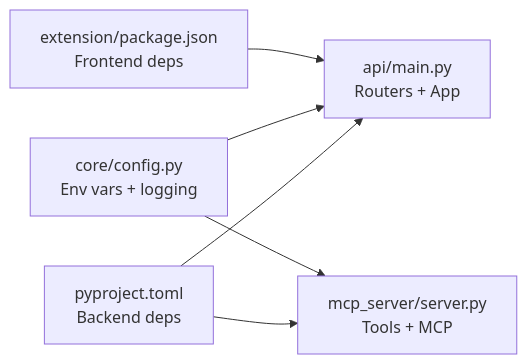
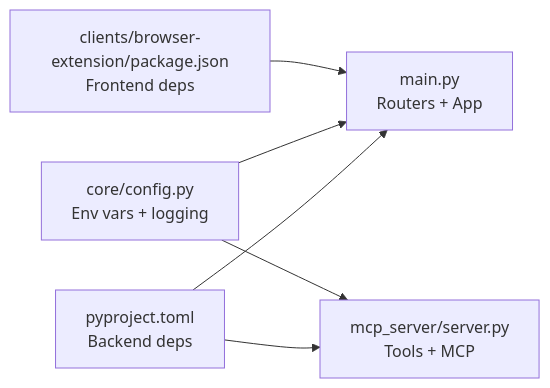
The third of 3 diagrams in src/data/docs/agentic-browser/Deployment and Operations.md (tashifkhan/tashif.codes), drawn with Mermaid before and after one commit. The commit also changed other lines of this file and 2128 other files, not shown here.

First line of the commit message:
docs: replace raster diagram images with native Mermaid across project guides

````diff
--- a/src/data/docs/agentic-browser/Deployment and Operations.md
+++ b/src/data/docs/agentic-browser/Deployment and Operations.md
@@ -271,13 +259,13 @@
 ```mermaid
 graph LR
 P["pyproject.toml<br/>Backend deps"]
-E["extension/package.json<br/>Frontend deps"]
+E["clients/browser-extension/package.json<br/>Frontend deps"]
 C["core/config.py<br/>Env vars + logging"]
 M["mcp_server/server.py<br/>Tools + MCP"]
-A["api/main.py<br/>Routers + App"]
+A["main.py<br/>Routers + App"]
 P --> A
 P --> M
 C --> A
 C --> M
 E --> A
 ```
````
